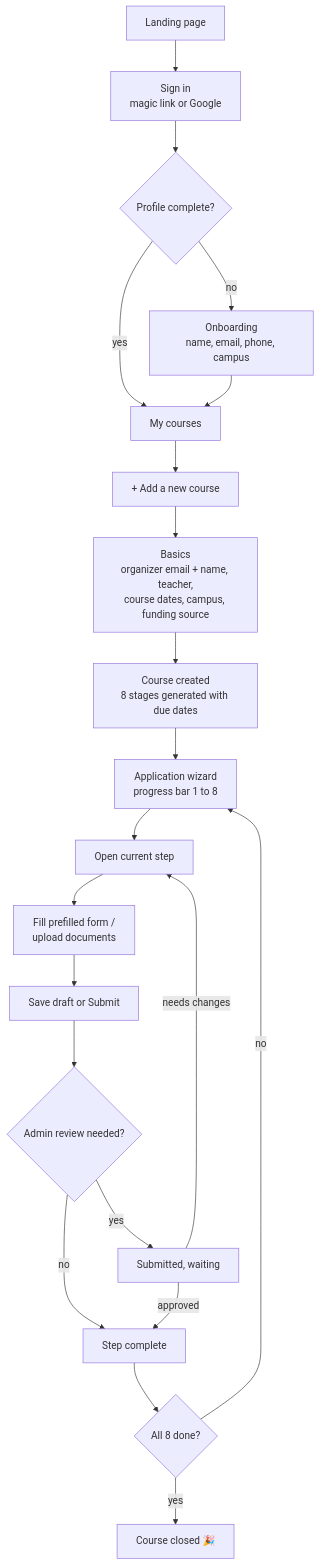
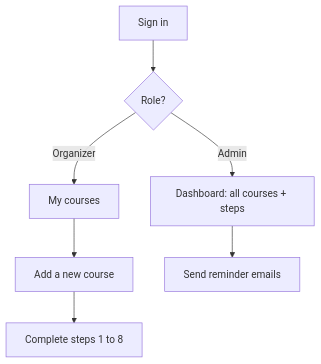
One commit to pramukhbhushan/skycampusconnect changed the second of 2 diagrams in plan.md. Above: the diagram before and after it, drawn with Mermaid. The commit also changed other lines of this file, not shown here.

First line of the commit message:
Simplify plan.md to a short overview with two diagrams

````diff
--- a/plan.md
+++ b/plan.md
@@ -404,23 +47,9 @@
 ```mermaid
 flowchart TD
-    A[Landing page] --> B[Sign in<br/>magic link or Google]
-    B --> C{Profile complete?}
-    C -- no --> D[Onboarding<br/>name, email, phone, campus]
-    C -- yes --> E[My courses]
-    D --> E
-    E --> F[+ Add a new course]
-    F --> G[Basics<br/>organizer email + name, teacher,<br/>course dates, campus, funding source]
-    G --> H[Course created<br/>8 stages generated with due dates]
-    H --> I[Application wizard<br/>progress bar 1 to 8]
-    I --> J[Open current step]
-    J --> K[Fill prefilled form /<br/>upload documents]
-    K --> L[Save draft or Submit]
-    L --> M{Admin review needed?}
-    M -- no --> N[Step complete]
-    M -- yes --> O[Submitted, waiting]
-    O -- needs changes --> J
-    O -- approved --> N
-    N --> P{All 8 done?}
-    P -- no --> I
-    P -- yes --> Q[Course closed 🎉]
+    A[Sign in] --> B{Role?}
+    B -- Organizer --> C[My courses]
+    C --> D[Add a new course]
+    D --> E[Complete steps 1 to 8]
+    B -- Admin --> F[Dashboard: all courses + steps]
+    F --> G[Send reminder emails]
 ```
````
